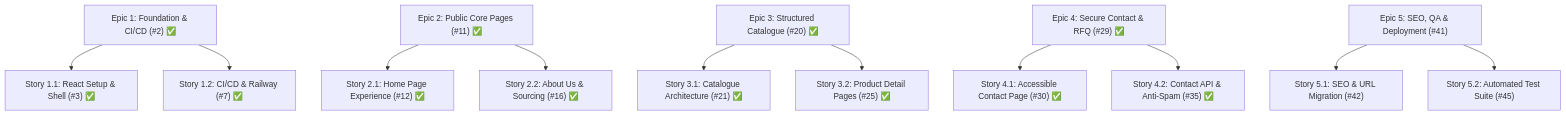
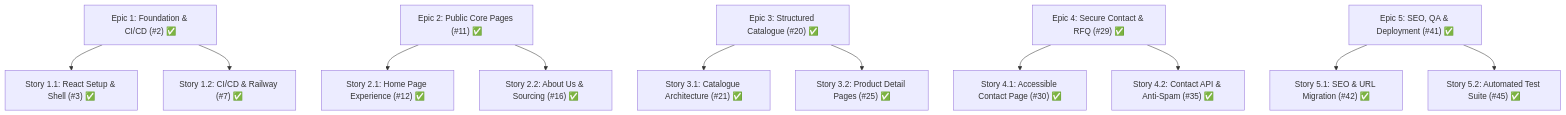
The diagram in docs/BACKLOG.md (sirajpasha/Jayimpex), drawn with Mermaid before and after one commit. The commit also changed other lines of this file and 9 other files, not shown here.

First line of the commit message:
feat(phase-4): SEO metadata, sitemap, legacy 301 redirects, automated smoke suite, and CI quality gates

````diff
--- a/docs/BACKLOG.md
+++ b/docs/BACKLOG.md
@@ -29,17 +29,17 @@
 ```mermaid
 graph TD
     E1["Epic 1: Foundation & CI/CD (#2) ✅"] --> S11["Story 1.1: React Setup & Shell (#3) ✅"]
     E1 --> S12["Story 1.2: CI/CD & Railway (#7) ✅"]
     
     E2["Epic 2: Public Core Pages (#11) ✅"] --> S21["Story 2.1: Home Page Experience (#12) ✅"]
     E2 --> S22["Story 2.2: About Us & Sourcing (#16) ✅"]
     
     E3["Epic 3: Structured Catalogue (#20) ✅"] --> S31["Story 3.1: Catalogue Architecture (#21) ✅"]
     E3 --> S32["Story 3.2: Product Detail Pages (#25) ✅"]
     
     E4["Epic 4: Secure Contact & RFQ (#29) ✅"] --> S41["Story 4.1: Accessible Contact Page (#30) ✅"]
     E4 --> S42["Story 4.2: Contact API & Anti-Spam (#35) ✅"]
     
-    E5["Epic 5: SEO, QA & Deployment (#41)"] --> S51["Story 5.1: SEO & URL Migration (#42)"]
-    E5 --> S52["Story 5.2: Automated Test Suite (#45)"]
+    E5["Epic 5: SEO, QA & Deployment (#41) ✅"] --> S51["Story 5.1: SEO & URL Migration (#42) ✅"]
+    E5 --> S52["Story 5.2: Automated Test Suite (#45) ✅"]
 ```
````
